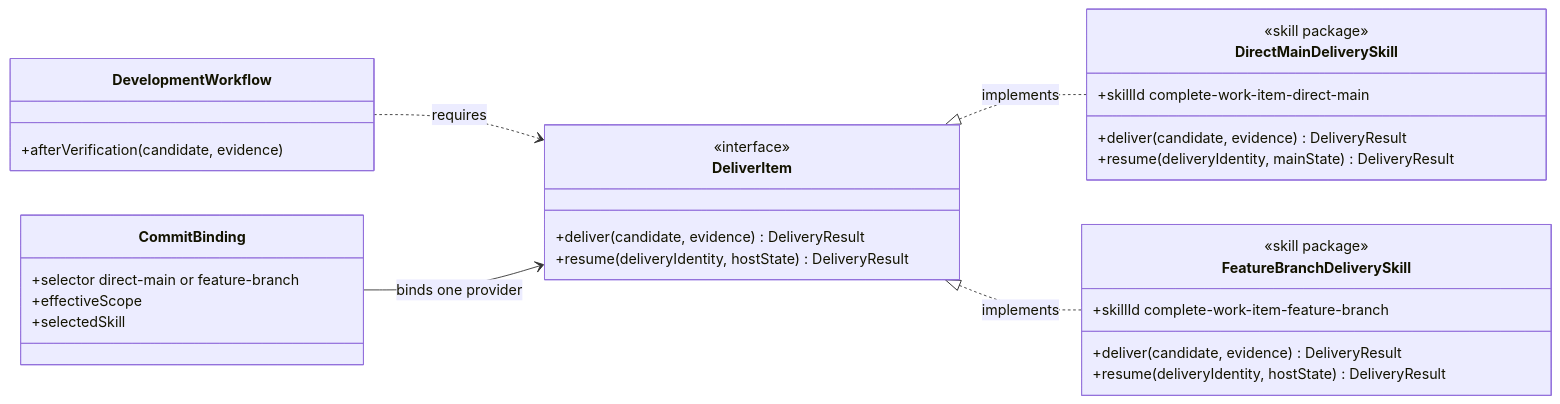
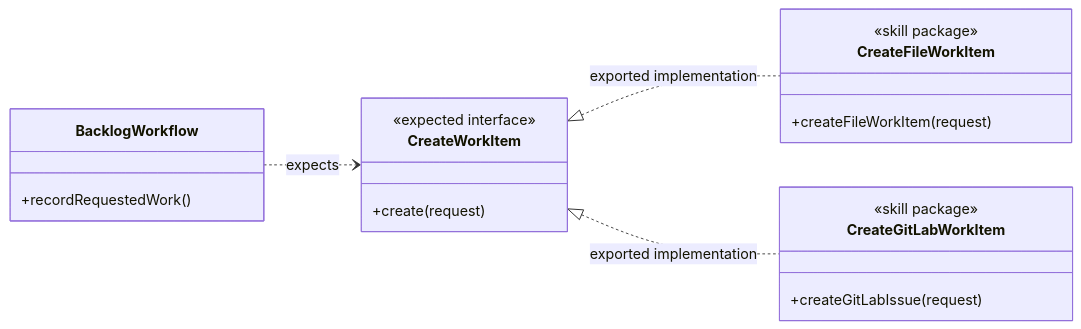
One commit to martinbechard/dev-methodology changed the third of 6 diagrams in design/object-oriented-agent-and-skill-model.md. Above: the diagram before and after it, drawn with Mermaid. The commit also changed other lines of this file and 2 other files, not shown here.

````diff
--- a/design/object-oriented-agent-and-skill-model.md
+++ b/design/object-oriented-agent-and-skill-model.md
@@ -234,39 +147,27 @@
 ```mermaid
 classDiagram
     direction LR
 
-    class DevelopmentWorkflow {
-        +afterVerification(candidate, evidence)
+    class BacklogWorkflow {
+        +recordRequestedWork()
     }
 
-    class DeliverItem {
-        <<interface>>
-        +deliver(candidate, evidence) DeliveryResult
-        +resume(deliveryIdentity, hostState) DeliveryResult
+    class CreateWorkItem {
+        <<expected interface>>
+        +create(request)
     }
 
-    class DirectMainDeliverySkill {
+    class CreateFileWorkItem {
         <<skill package>>
-        +skillId complete-work-item-direct-main
-        +deliver(candidate, evidence) DeliveryResult
-        +resume(deliveryIdentity, mainState) DeliveryResult
+        +createFileWorkItem(request)
     }
 
-    class FeatureBranchDeliverySkill {
+    class CreateGitLabWorkItem {
         <<skill package>>
-        +skillId complete-work-item-feature-branch
-        +deliver(candidate, evidence) DeliveryResult
-        +resume(deliveryIdentity, hostState) DeliveryResult
+        +createGitLabIssue(request)
     }
 
-    class CommitBinding {
-        +selector direct-main or feature-branch
-        +effectiveScope
-        +selectedSkill
-    }
-
-    DevelopmentWorkflow ..> DeliverItem : requires
-    DeliverItem <|.. DirectMainDeliverySkill : implements
-    DeliverItem <|.. FeatureBranchDeliverySkill : implements
-    CommitBinding --> DeliverItem : binds one provider
+    BacklogWorkflow ..> CreateWorkItem : expects
+    CreateWorkItem <|.. CreateFileWorkItem : exported implementation
+    CreateWorkItem <|.. CreateGitLabWorkItem : exported implementation
 ```
````
